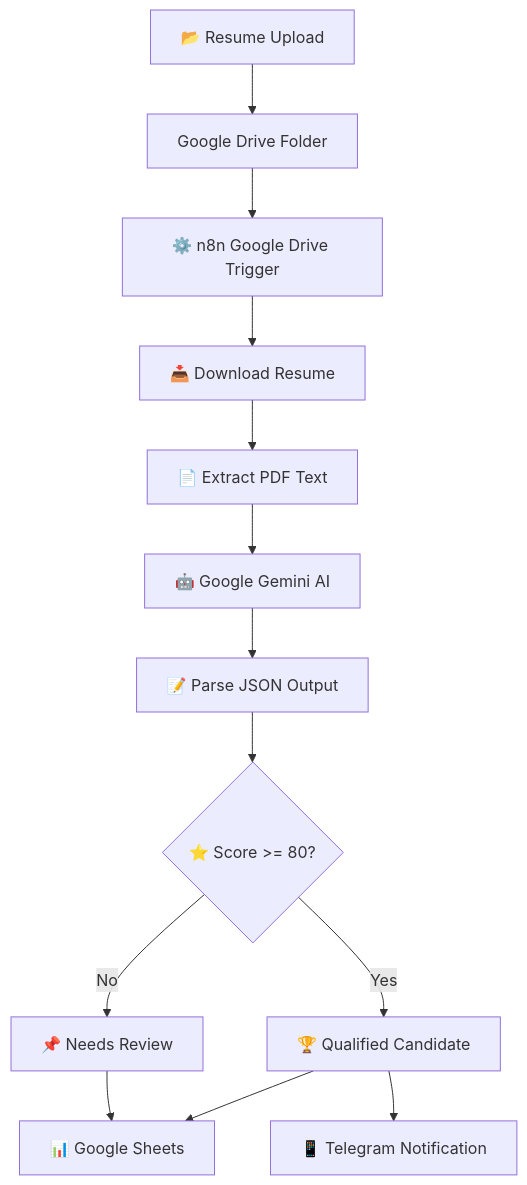
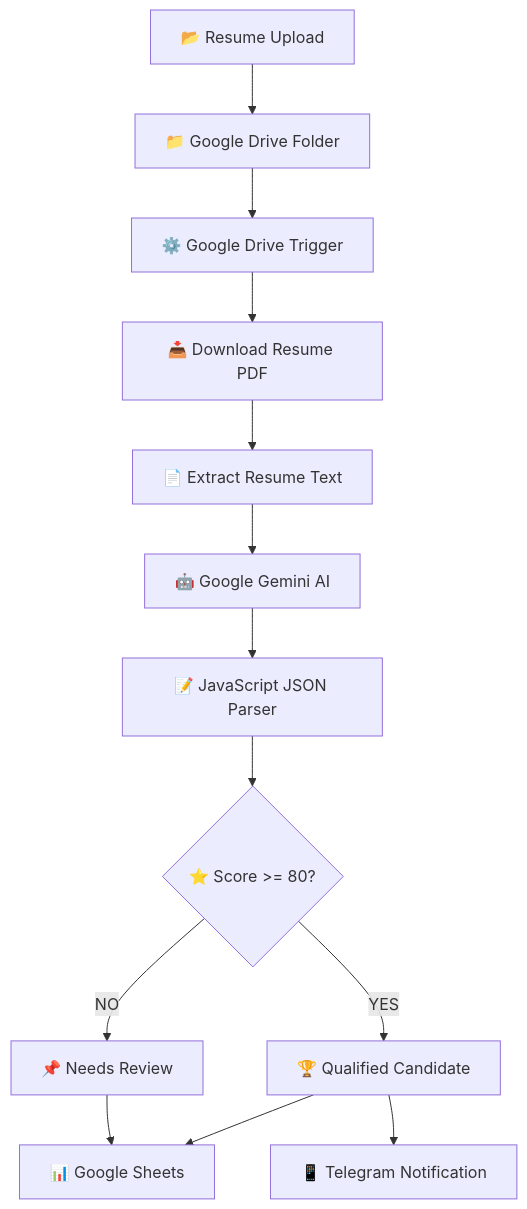
The diagram in README.md (belioautomation/-AI-Resume-Ranking-System-using-n8n), drawn with Mermaid before and after one commit. The commit also changed other lines of this file, not shown here.

`````diff
--- a/README.md
+++ b/README.md
@@ -74,28 +104,30 @@
 ```mermaid
 flowchart TD
 
 A["📂 Resume Upload"]
---> B["Google Drive Folder"]
 
-B --> C["⚙️ n8n Google Drive Trigger"]
+--> B["📁 Google Drive Folder"]
 
-C --> D["📥 Download Resume"]
+B --> C["⚙️ Google Drive Trigger"]
 
-D --> E["📄 Extract PDF Text"]
+C --> D["📥 Download Resume PDF"]
+
+D --> E["📄 Extract Resume Text"]
 
 E --> F["🤖 Google Gemini AI"]
 
-F --> G["📝 Parse JSON Output"]
+F --> G["📝 JavaScript JSON Parser"]
 
 G --> H{"⭐ Score >= 80?"}
 
-H -->|Yes| I["🏆 Qualified Candidate"]
+H -->|YES| I["🏆 Qualified Candidate"]
 
-H -->|No| J["📌 Needs Review"]
+H -->|NO| J["📌 Needs Review"]
 
 I --> K["📊 Google Sheets"]
 
 J --> K
 
 I --> L["📱 Telegram Notification"]
+
 ````
`````
